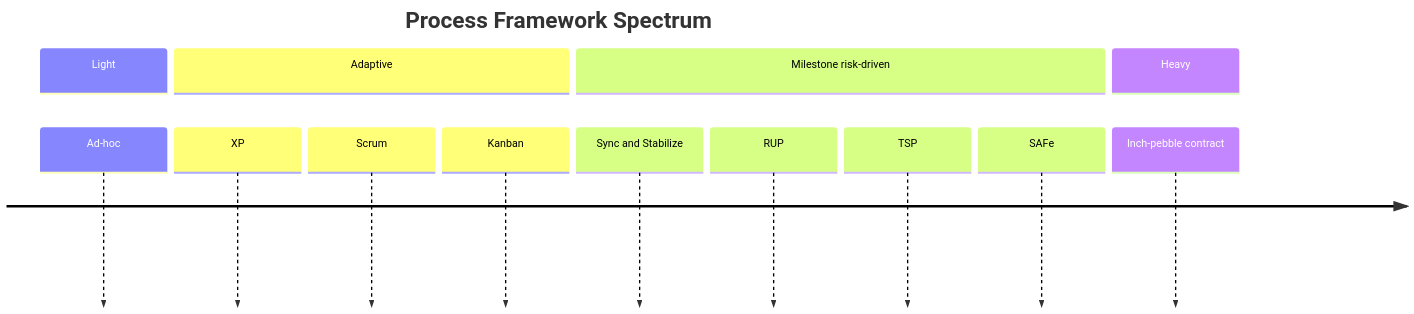
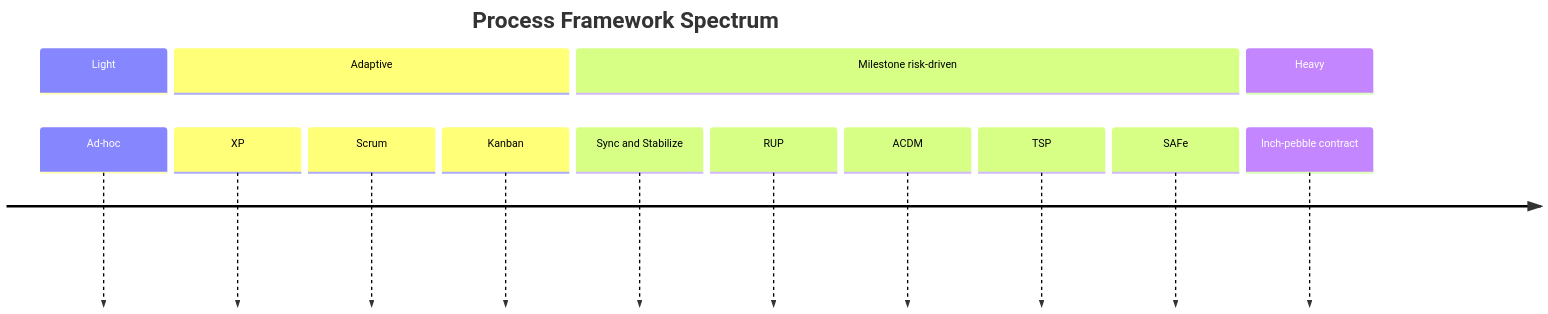
One commit to msdbok/msdbok.github.io changed the diagram in content/proc/frameworks/index.md. Above: the diagram before and after it, drawn with Mermaid. The commit also changed other lines of this file and 14 other files, not shown here.

````diff
--- a/content/proc/frameworks/index.md
+++ b/content/proc/frameworks/index.md
@@ -18,17 +18,18 @@
 ```mermaid
 timeline
     title Process Framework Spectrum
     section Light
       Ad-hoc
     section Adaptive
       XP
       Scrum
       Kanban
     section Milestone risk-driven
       Sync and Stabilize
       RUP
+      ACDM
       TSP
       SAFe
     section Heavy
       Inch-pebble contract
 ```
````
